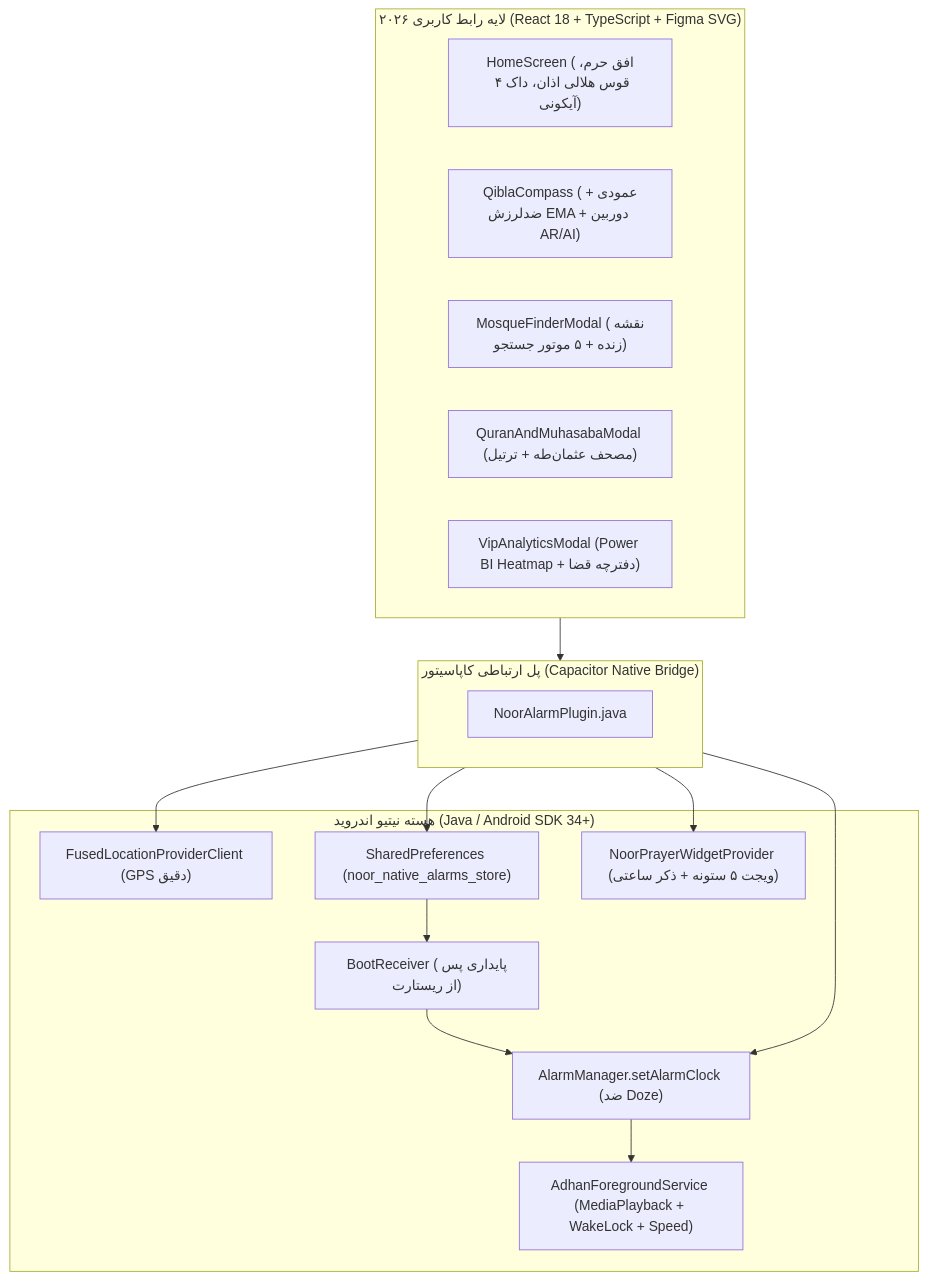
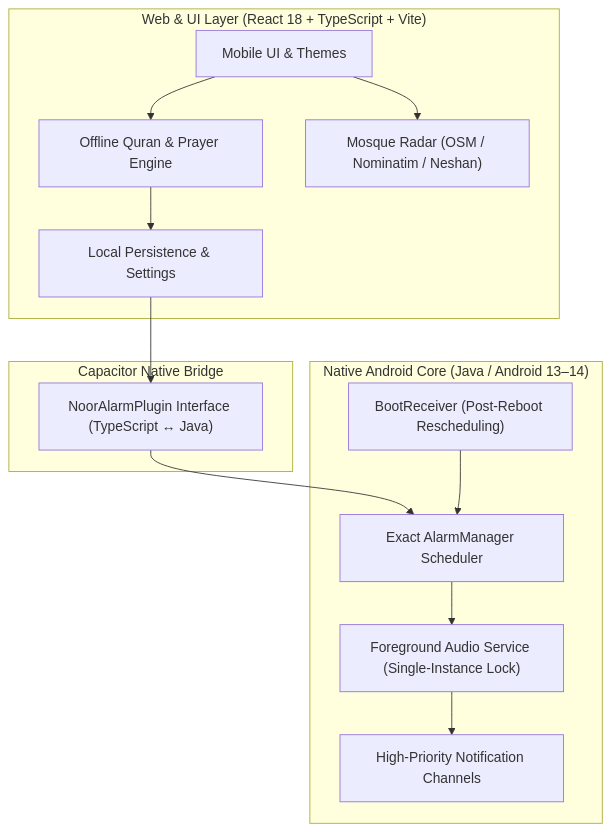
One commit to yasin321/noor-app changed the diagram in README.md. Above: the diagram before and after it, drawn with Mermaid. The commit also changed other lines of this file and 1 other file, not shown here.

Commit message:
docs: add English primary README with architecture diagram and bilingual switcher

````diff
--- a/README.md
+++ b/README.md
@@ -64,32 +53,29 @@
 ```mermaid
-graph TD
-    subgraph UI ["لایه رابط کاربری ۲۰۲۶ (React 18 + TypeScript + Figma SVG)"]
-        Home["HomeScreen (افق حرم، قوس هلالی اذان، داک ۴ آیکونی)"]
-        Qibla["QiblaCompass (عمودی + ضدلرزش EMA + دوربین AR/AI)"]
-        Mosque["MosqueFinderModal (نقشه زنده + ۵ موتور جستجو)"]
-        Quran["QuranAndMuhasabaModal (مصحف عثمان‌طه + ترتیل)"]
-        VIP["VipAnalyticsModal (Power BI Heatmap + دفترچه قضا)"]
+flowchart TB
+    subgraph WebLayer["Web & UI Layer (React 18 + TypeScript + Vite)"]
+        UI["Mobile UI & Themes"]
+        Quran["Offline Quran & Prayer Engine"]
+        Radar["Mosque Radar (OSM / Nominatim / Neshan)"]
+        State["Local Persistence & Settings"]
     end
 
-    subgraph Bridge ["پل ارتباطی کاپاسیتور (Capacitor Native Bridge)"]
-        Plugin["NoorAlarmPlugin.java"]
+    subgraph Bridge["Capacitor Native Bridge"]
+        Plugin["NoorAlarmPlugin Interface (TypeScript ↔ Java)"]
     end
 
-    subgraph AndroidKernel ["هسته نیتیو اندروید (Java / Android SDK 34+)"]
-        Fused["FusedLocationProviderClient (GPS دقیق)"]
-        AlarmMgr["AlarmManager.setAlarmClock (ضد Doze)"]
-        Prefs["SharedPreferences (noor_native_alarms_store)"]
-        Boot["BootReceiver (پایداری پس از ریستارت)"]
-        Service["AdhanForegroundService (MediaPlayback + WakeLock + Speed)"]
-        Widget["NoorPrayerWidgetProvider (ویجت ۵ ستونه + ذکر ساعتی)"]
+    subgraph NativeAndroid["Native Android Core (Java / Android 13–14)"]
+        AlarmMgr["Exact AlarmManager Scheduler"]
+        Boot["BootReceiver (Post-Reboot Rescheduling)"]
+        FgService["Foreground Audio Service (Single-Instance Lock)"]
+        Notif["High-Priority Notification Channels"]
     end
 
-    UI --> Bridge
-    Bridge --> Fused
-    Bridge --> AlarmMgr
-    Bridge --> Prefs
-    Bridge --> Widget
-    Prefs --> Boot
+    UI --> Quran
+    UI --> Radar
+    Quran --> State
+    State --> Plugin
+    Plugin --> AlarmMgr
+    AlarmMgr --> FgService
     Boot --> AlarmMgr
-    AlarmMgr --> Service
+    FgService --> Notif
 ```
````
